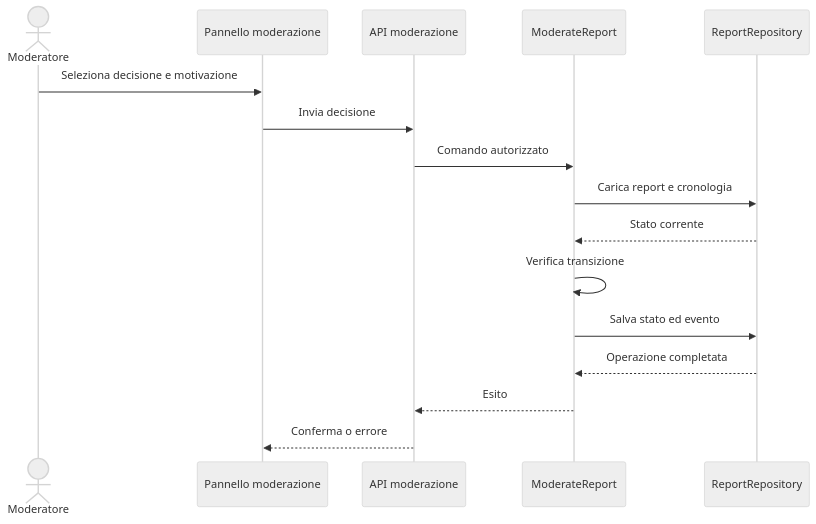
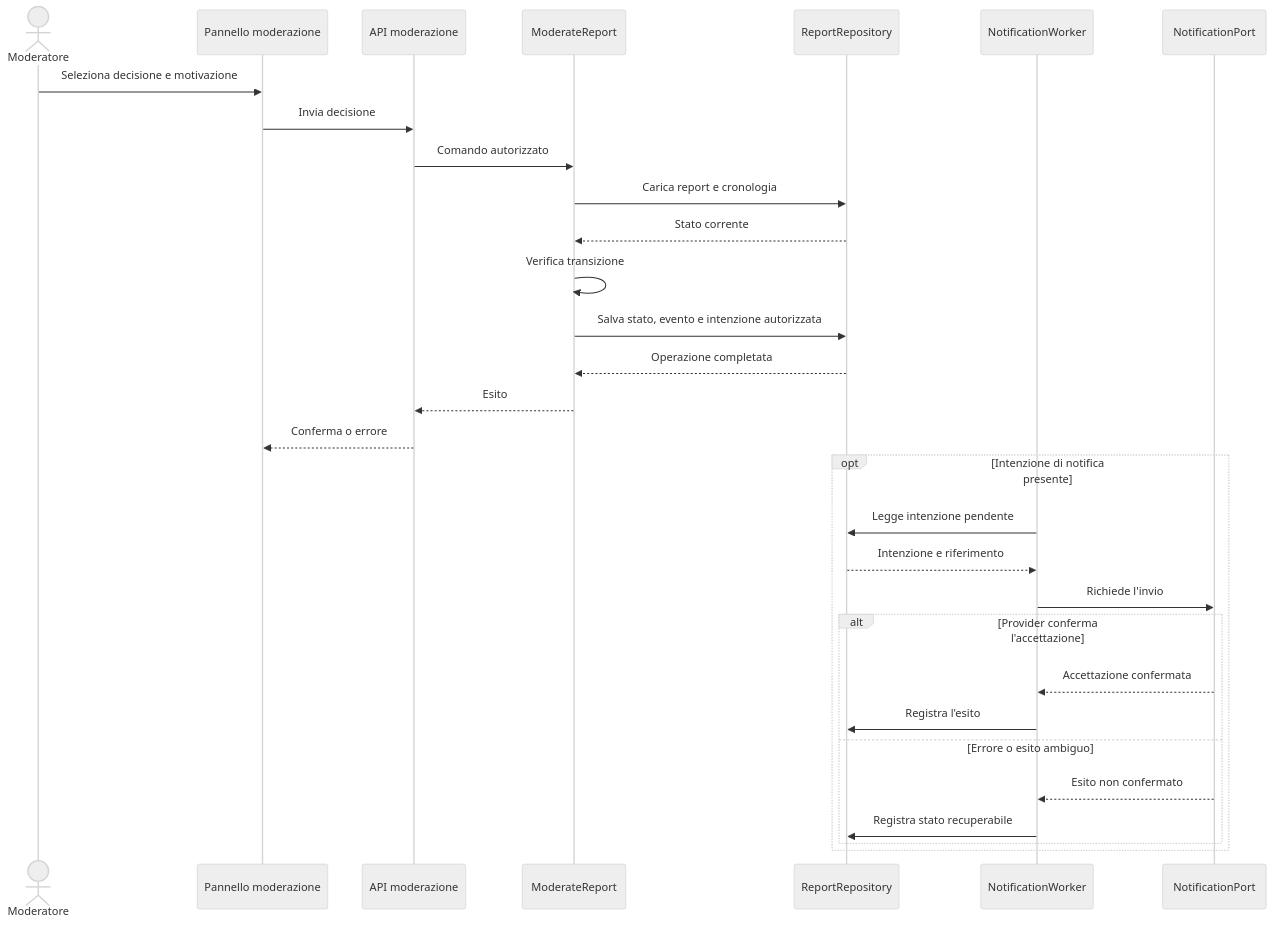
Before and after one commit to andreaplini/aegis: the seventh of 9 diagrams in docs/RAD.md, drawn with Mermaid (neutral theme). The commit also changed other lines of this file and 3 other files, not shown here.

````diff
--- a/docs/RAD.md
+++ b/docs/RAD.md
@@ -517,19 +539,33 @@
 ```mermaid
 sequenceDiagram
-  accDescr: La moderazione valida la transizione e registra stato ed evento nella stessa operazione.
+  accDescr: La moderazione registra transizione, evento e intenzione di notifica autorizzata in modo atomico. Un worker invia la notifica dopo il commit e registra gli esiti.
   actor M as Moderatore
   participant UI as Pannello moderazione
   participant API as API moderazione
   participant UC as ModerateReport
   participant Repo as ReportRepository
+  participant W as NotificationWorker
+  participant N as NotificationPort
   M->>UI: Seleziona decisione e motivazione
   UI->>API: Invia decisione
   API->>UC: Comando autorizzato
   UC->>Repo: Carica report e cronologia
   Repo-->>UC: Stato corrente
   UC->>UC: Verifica transizione
-  UC->>Repo: Salva stato ed evento
+  UC->>Repo: Salva stato, evento e intenzione autorizzata
   Repo-->>UC: Operazione completata
   UC-->>API: Esito
   API-->>UI: Conferma o errore
+  opt Intenzione di notifica presente
+    W->>Repo: Legge intenzione pendente
+    Repo-->>W: Intenzione e riferimento
+    W->>N: Richiede l'invio
+    alt Provider conferma l'accettazione
+      N-->>W: Accettazione confermata
+      W->>Repo: Registra l'esito
+    else Errore o esito ambiguo
+      N-->>W: Esito non confermato
+      W->>Repo: Registra stato recuperabile
+    end
+  end
 ```
````
